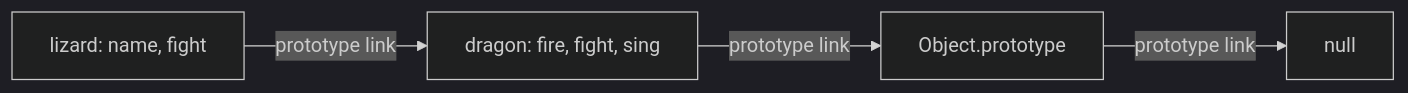
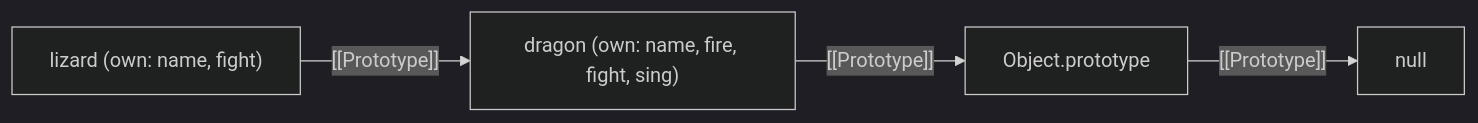
Before and after one commit to raushanapp/advance_javascript_Andre: the first of 2 diagrams in the_two_pillars/prototype_inheritance/prototype_inheritance.md, drawn with Mermaid (dark theme). The commit also changed other lines of this file and 3 other files, not shown here.

````diff
--- a/the_two_pillars/prototype_inheritance/prototype_inheritance.md
+++ b/the_two_pillars/prototype_inheritance/prototype_inheritance.md
@@ -5,6 +42,6 @@
 ```mermaid
 flowchart LR
-    L[lizard: name, fight] -->|prototype link| D[dragon: fire, fight, sing]
-    D -->|prototype link| O[Object.prototype]
-    O -->|prototype link| N[null]
+    L["lizard (own: name, fight)"] -->|"[[Prototype]]"| D["dragon (own: name, fire, fight, sing)"]
+    D -->|"[[Prototype]]"| O["Object.prototype"]
+    O -->|"[[Prototype]]"| N["null"]
 ```
````
